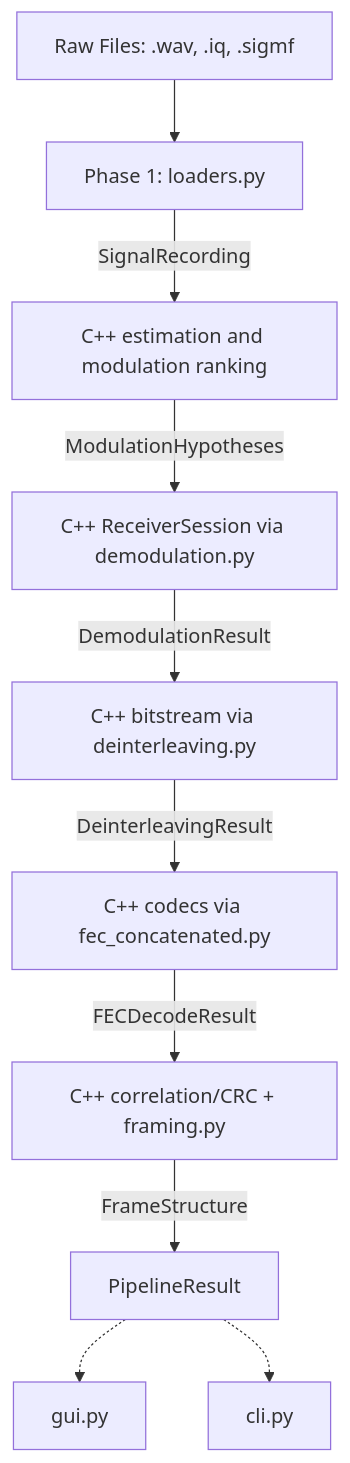
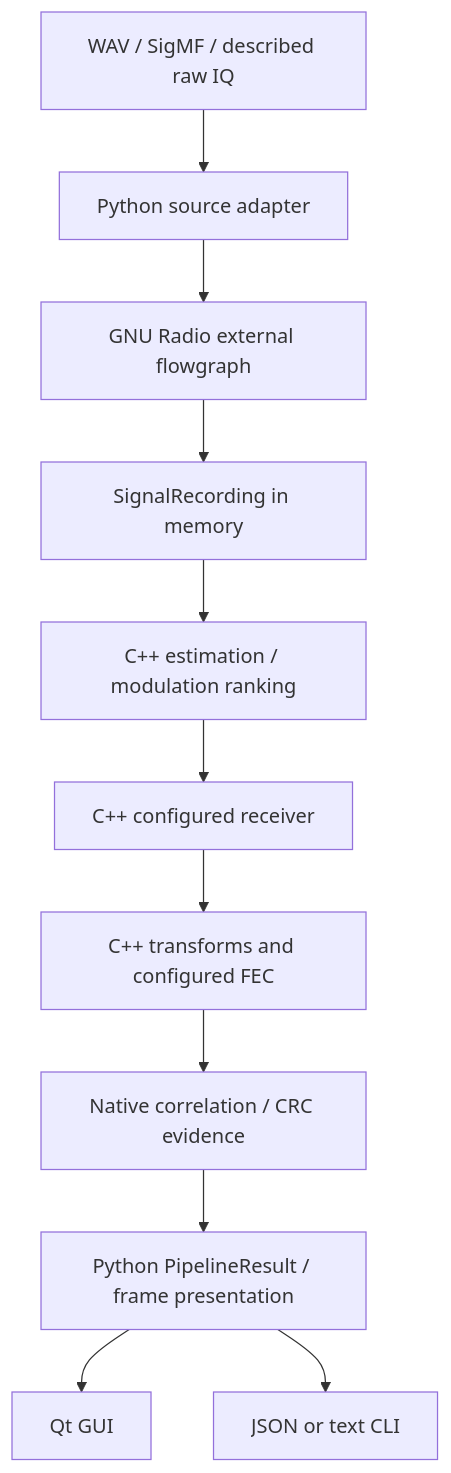
The diagram in ARCHITECTURE.md (arachknight66/SIH26147), drawn with Mermaid before and after one commit. The commit also changed other lines of this file and 11 other files, not shown here.

````diff
--- a/ARCHITECTURE.md
+++ b/ARCHITECTURE.md
@@ -54,13 +36,13 @@
 ```mermaid
 flowchart TD
-    Disk[Raw Files: .wav, .iq, .sigmf] --> Loader[Phase 1: loaders.py]
-    Loader -->|SignalRecording| Estimation[C++ estimation and modulation ranking]
-    Estimation -->|ModulationHypotheses| Sync[C++ ReceiverSession via demodulation.py]
-    Sync -->|DemodulationResult| Deint[C++ bitstream via deinterleaving.py]
-    Deint -->|DeinterleavingResult| FEC[C++ codecs via fec_concatenated.py]
-    FEC -->|FECDecodeResult| Framing[C++ correlation/CRC + framing.py]
-    Framing -->|FrameStructure| Final[PipelineResult]
-    
-    Final -.-> GUI[gui.py]
-    Final -.-> CLI[cli.py]
+    File[WAV / SigMF / described raw IQ] --> Import[Python source adapter]
+    Import --> GR[GNU Radio external flowgraph]
+    GR --> Record[SignalRecording in memory]
+    Record --> Estimate[C++ estimation / modulation ranking]
+    Estimate --> Receiver[C++ configured receiver]
+    Receiver --> Bitstream[C++ transforms and configured FEC]
+    Bitstream --> Frames[Native correlation / CRC evidence]
+    Frames --> Present[Python PipelineResult / frame presentation]
+    Present --> UI[Qt GUI]
+    Present --> CLI[JSON or text CLI]
 ```
````
